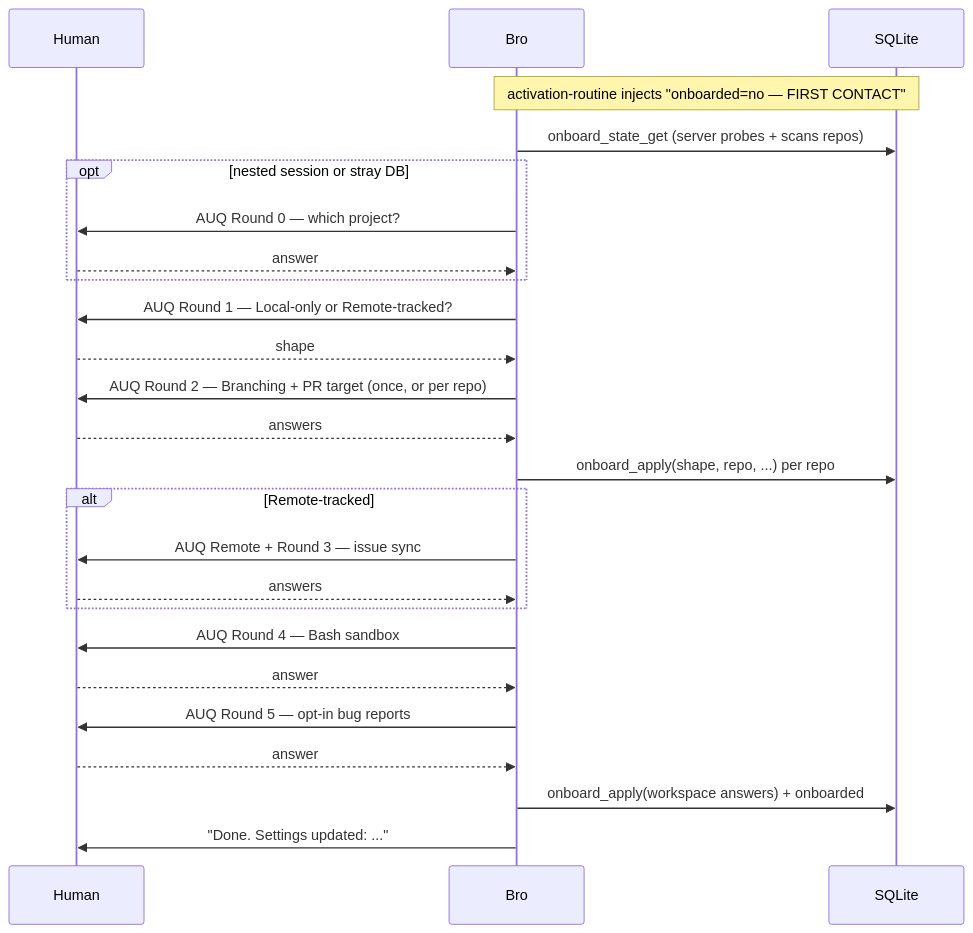
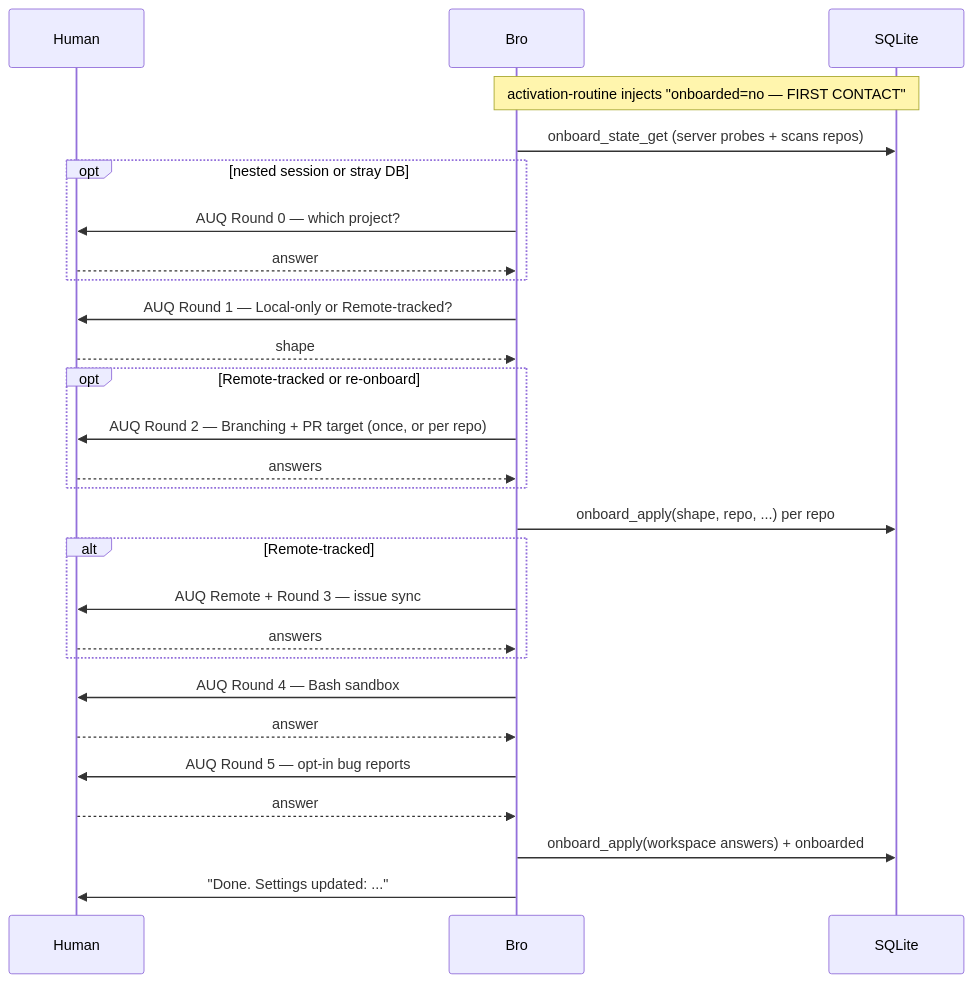
The second of 6 diagrams in docs/architecture/FLOWS.md (trustmybot/plugin), drawn with Mermaid before and after one commit. The commit also changed other lines of this file and 1 other file, not shown here.

Commit message:
📝 docs(flows): align Parts I–III of FLOWS.md with the code (GH 2870) (#3010)

````diff
--- a/docs/architecture/FLOWS.md
+++ b/docs/architecture/FLOWS.md
@@ -120,29 +124,31 @@
 ```mermaid
 sequenceDiagram
     participant H as Human
     participant G as Bro
     participant DB as SQLite
 
     Note over G,DB: activation-routine injects "onboarded=no — FIRST CONTACT"
 
     G->>DB: onboard_state_get (server probes + scans repos)
     opt nested session or stray DB
         G->>H: AUQ Round 0 — which project?
         H-->>G: answer
     end
     G->>H: AUQ Round 1 — Local-only or Remote-tracked?
     H-->>G: shape
-    G->>H: AUQ Round 2 — Branching + PR target (once, or per repo)
-    H-->>G: answers
+    opt Remote-tracked or re-onboard
+        G->>H: AUQ Round 2 — Branching + PR target (once, or per repo)
+        H-->>G: answers
+    end
     G->>DB: onboard_apply(shape, repo, ...) per repo
     alt Remote-tracked
         G->>H: AUQ Remote + Round 3 — issue sync
         H-->>G: answers
     end
     G->>H: AUQ Round 4 — Bash sandbox
     H-->>G: answer
     G->>H: AUQ Round 5 — opt-in bug reports
     H-->>G: answer
     G->>DB: onboard_apply(workspace answers) + onboarded
     G->>H: "Done. Settings updated: ..."
 ```
````
